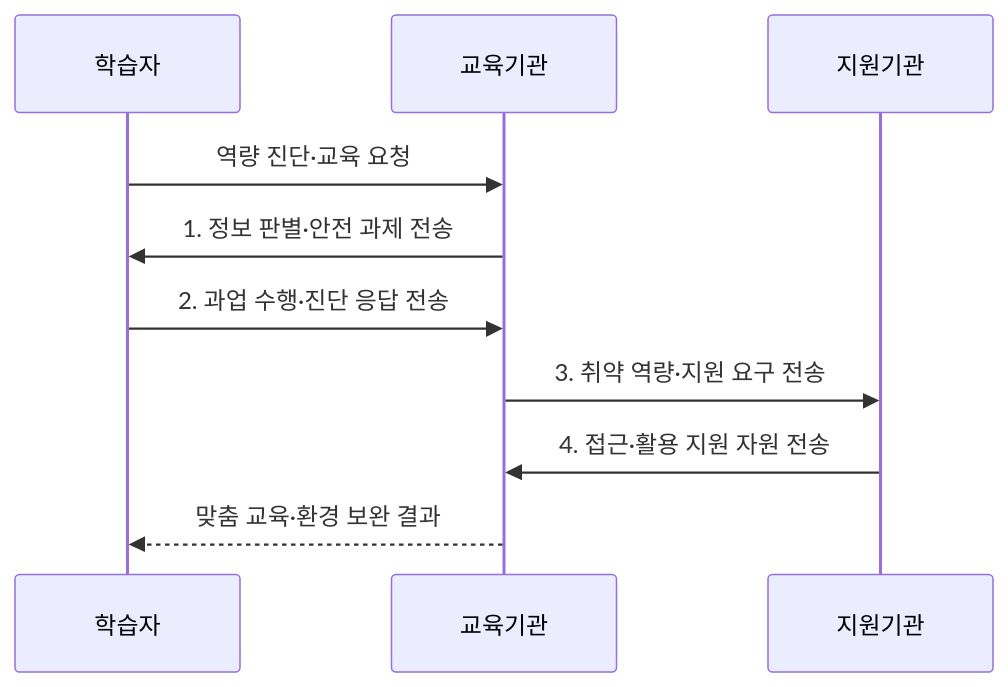
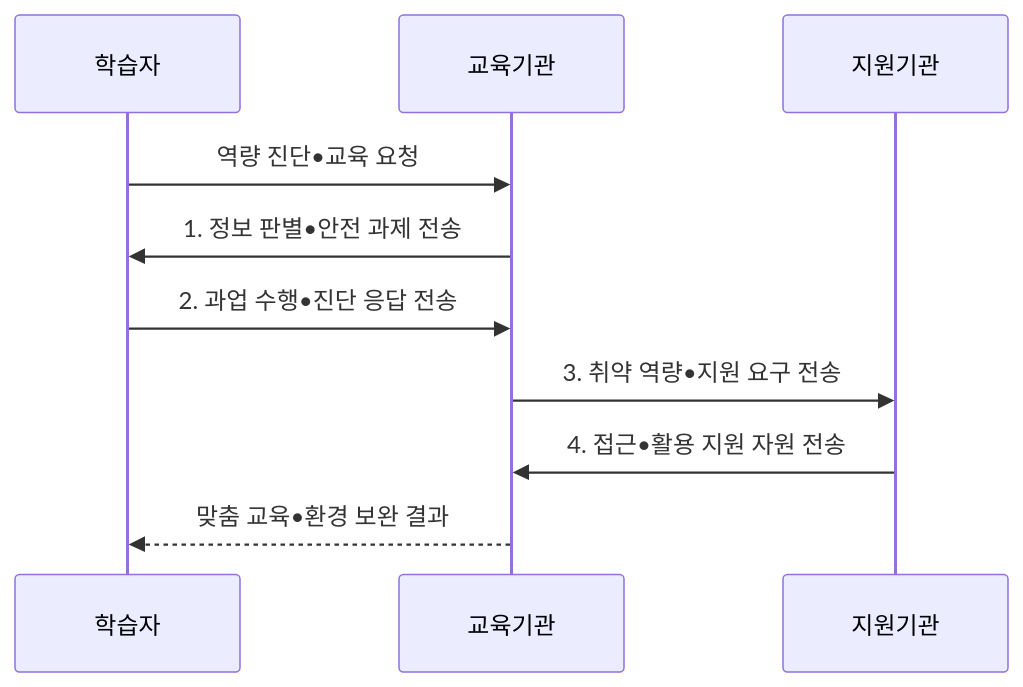
One commit to agnusdei1207/knowledge-base changed the second of 2 diagrams in src/content/docs/notes/07-law-policy/012_digital_literacy.md. Above: the diagram before and after it, drawn with Mermaid. The commit also changed other lines of this file and 953 other files, not shown here.

````diff
--- a/src/content/docs/notes/07-law-policy/012_digital_literacy.md
+++ b/src/content/docs/notes/07-law-policy/012_digital_literacy.md
@@ -106,12 +106,12 @@
 ```mermaid
 sequenceDiagram
     participant L as 학습자
     participant E as 교육기관
     participant S as 지원기관
-    L->>E: 역량 진단·교육 요청
-    E->>L: 1. 정보 판별·안전 과제 전송
-    L->>E: 2. 과업 수행·진단 응답 전송
-    E->>S: 3. 취약 역량·지원 요구 전송
-    S->>E: 4. 접근·활용 지원 자원 전송
-    E-->>L: 맞춤 교육·환경 보완 결과
+    L->>E: 역량 진단•교육 요청
+    E->>L: 1. 정보 판별•안전 과제 전송
+    L->>E: 2. 과업 수행•진단 응답 전송
+    E->>S: 3. 취약 역량•지원 요구 전송
+    S->>E: 4. 접근•활용 지원 자원 전송
+    E-->>L: 맞춤 교육•환경 보완 결과
 ```
````
